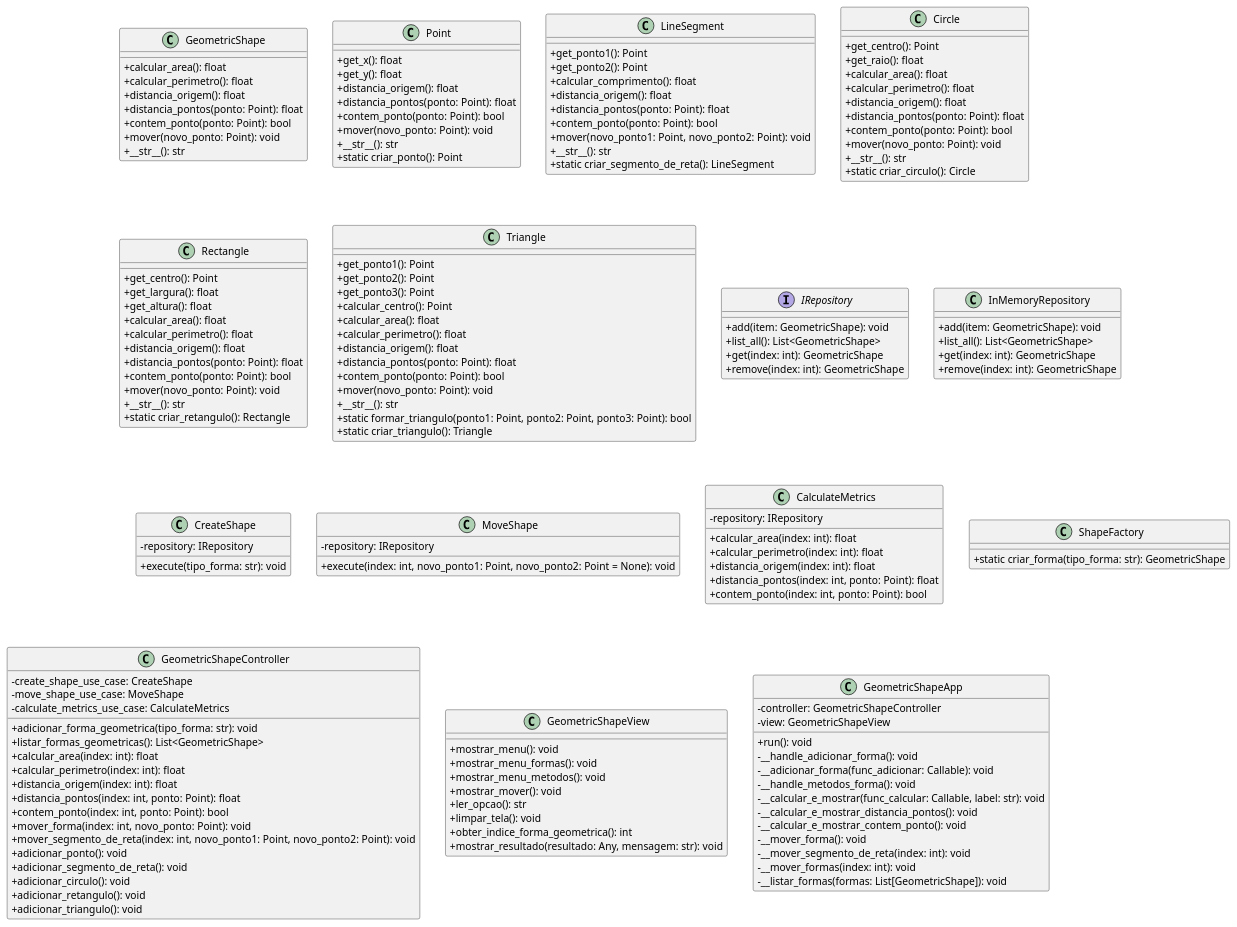
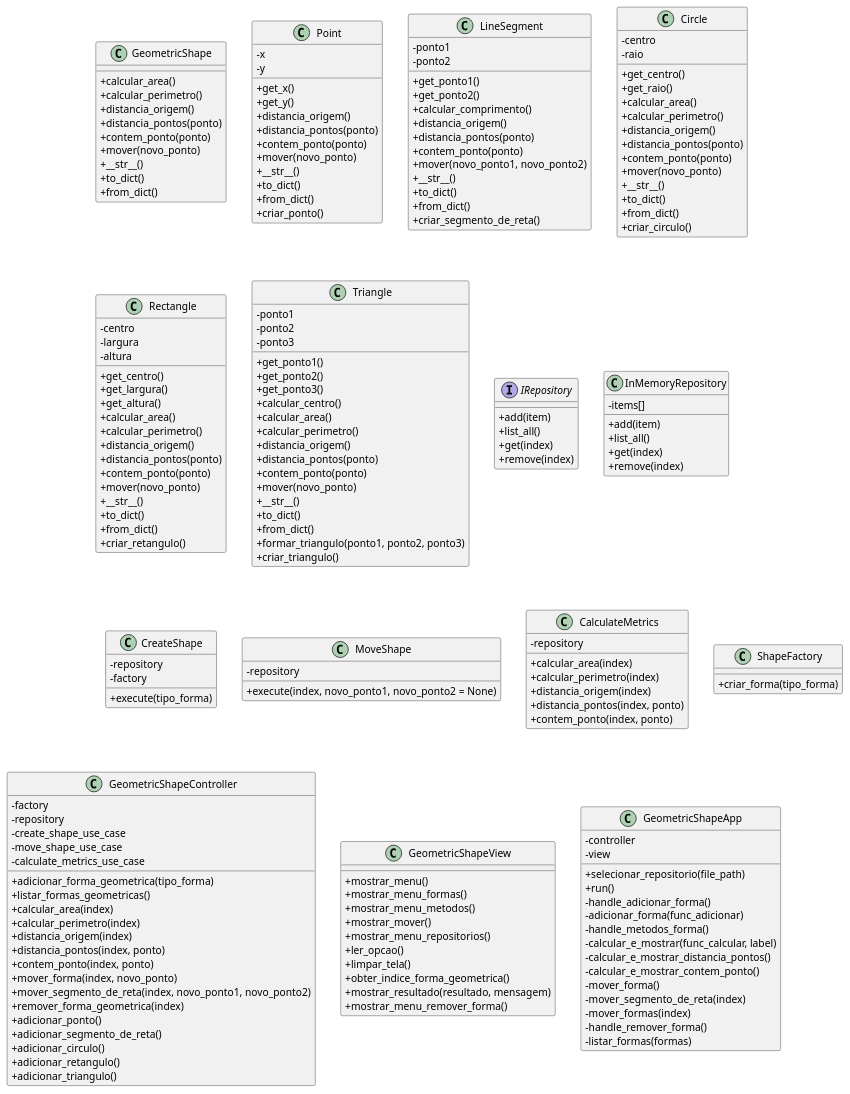
Before and after one commit to samuelncaetano/geometric_shapes: the diagram in .diagram/class_diagram/separate_class.puml, drawn with PlantUML. The commit also changed 1 other file, not shown here.

Commit message:
docs(separate_class): update the methods and attributes of classes in the class diagram

```diff
--- a/.diagram/class_diagram/separate_class.puml
+++ b/.diagram/class_diagram/separate_class.puml
@@ -1,158 +1,191 @@
 @startuml class_diagram
 skinparam classAttributeIconSize 0
 skinparam groupInheritance 4
 
 class GeometricShape {
-  + calcular_area(): float
-  + calcular_perimetro(): float
-  + distancia_origem(): float
-  + distancia_pontos(ponto: Point): float
-  + contem_ponto(ponto: Point): bool
-  + mover(novo_ponto: Point): void
-  + __str__(): str
+  + calcular_area()
+  + calcular_perimetro()
+  + distancia_origem()
+  + distancia_pontos(ponto)
+  + contem_ponto(ponto)
+  + mover(novo_ponto)
+  + __str__()
+  + to_dict()
+  + from_dict()
 }
 class Point {
-  + get_x(): float
-  + get_y(): float
-  + distancia_origem(): float
-  + distancia_pontos(ponto: Point): float
-  + contem_ponto(ponto: Point): bool
-  + mover(novo_ponto: Point): void
-  + __str__(): str
-  + static criar_ponto(): Point
+  - x
+  - y
+  + get_x()
+  + get_y()
+  + distancia_origem()
+  + distancia_pontos(ponto)
+  + contem_ponto(ponto)
+  + mover(novo_ponto)
+  + __str__()
+  + to_dict()
+  + from_dict()
+  + criar_ponto()
 }
 class LineSegment {
-  + get_ponto1(): Point
-  + get_ponto2(): Point
-  + calcular_comprimento(): float
-  + distancia_origem(): float
-  + distancia_pontos(ponto: Point): float
-  + contem_ponto(ponto: Point): bool
-  + mover(novo_ponto1: Point, novo_ponto2: Point): void
-  + __str__(): str
-  + static criar_segmento_de_reta(): LineSegment
+  - ponto1
+  - ponto2
+  + get_ponto1()
+  + get_ponto2()
+  + calcular_comprimento()
+  + distancia_origem()
+  + distancia_pontos(ponto)
+  + contem_ponto(ponto)
+  + mover(novo_ponto1, novo_ponto2)
+  + __str__()
+  + to_dict()
+  + from_dict()
+  + criar_segmento_de_reta()
 }
 class Circle {
-  + get_centro(): Point
-  + get_raio(): float
-  + calcular_area(): float
-  + calcular_perimetro(): float
-  + distancia_origem(): float
-  + distancia_pontos(ponto: Point): float
-  + contem_ponto(ponto: Point): bool
-  + mover(novo_ponto: Point): void
-  + __str__(): str
-  + static criar_circulo(): Circle
+  - centro
+  - raio
+  + get_centro()
+  + get_raio()
+  + calcular_area()
+  + calcular_perimetro()
+  + distancia_origem()
+  + distancia_pontos(ponto)
+  + contem_ponto(ponto)
+  + mover(novo_ponto)
+  + __str__()
+  + to_dict()
+  + from_dict()
+  + criar_circulo()
 }
 class Rectangle {
-  + get_centro(): Point
-  + get_largura(): float
-  + get_altura(): float
-  + calcular_area(): float
-  + calcular_perimetro(): float
-  + distancia_origem(): float
-  + distancia_pontos(ponto: Point): float
-  + contem_ponto(ponto: Point): bool
-  + mover(novo_ponto: Point): void
-  + __str__(): str
-  + static criar_retangulo(): Rectangle
+  - centro
+  - largura
+  - altura
+  + get_centro()
+  + get_largura()
+  + get_altura()
+  + calcular_area()
+  + calcular_perimetro()
+  + distancia_origem()
+  + distancia_pontos(ponto)
+  + contem_ponto(ponto)
+  + mover(novo_ponto)
+  + __str__()
+  + to_dict()
+  + from_dict()
+  + criar_retangulo()
 }
 class Triangle {
-  + get_ponto1(): Point
-  + get_ponto2(): Point
-  + get_ponto3(): Point
-  + calcular_centro(): Point
-  + calcular_area(): float
-  + calcular_perimetro(): float
-  + distancia_origem(): float
-  + distancia_pontos(ponto: Point): float
-  + contem_ponto(ponto: Point): bool
-  + mover(novo_ponto: Point): void
-  + __str__(): str
-  + static formar_triangulo(ponto1: Point, ponto2: Point, ponto3: Point): bool
-  + static criar_triangulo(): Triangle
+  - ponto1
+  - ponto2
+  - ponto3
+  + get_ponto1()
+  + get_ponto2()
+  + get_ponto3()
+  + calcular_centro()
+  + calcular_area()
+  + calcular_perimetro()
+  + distancia_origem()
+  + distancia_pontos(ponto)
+  + contem_ponto(ponto)
+  + mover(novo_ponto)
+  + __str__()
+  + to_dict()
+  + from_dict()
+  + formar_triangulo(ponto1, ponto2, ponto3)
+  + criar_triangulo()
 }
 
 interface IRepository {
-  + add(item: GeometricShape): void
-  + list_all(): List<GeometricShape>
-  + get(index: int): GeometricShape
-  + remove(index: int): GeometricShape
+  + add(item)
+  + list_all()
+  + get(index)
+  + remove(index)
 }
 
 class InMemoryRepository {
-  + add(item: GeometricShape): void
-  + list_all(): List<GeometricShape>
-  + get(index: int): GeometricShape
-  + remove(index: int): GeometricShape
+  - items[]
+  + add(item)
+  + list_all()
+  + get(index)
+  + remove(index)
 }
 
 class CreateShape {
-  - repository: IRepository
-  + execute(tipo_forma: str): void
+  - repository
+  - factory
+  + execute(tipo_forma)
 }
 class MoveShape {
-  - repository: IRepository
-  + execute(index: int, novo_ponto1: Point, novo_ponto2: Point = None): void
+  - repository
+  + execute(index, novo_ponto1, novo_ponto2 = None)
 }
 class CalculateMetrics {
-  - repository: IRepository
-  + calcular_area(index: int): float
-  + calcular_perimetro(index: int): float
-  + distancia_origem(index: int): float
-  + distancia_pontos(index: int, ponto: Point): float
-  + contem_ponto(index: int, ponto: Point): bool
+  - repository
+  + calcular_area(index)
+  + calcular_perimetro(index)
+  + distancia_origem(index)
+  + distancia_pontos(index, ponto)
+  + contem_ponto(index, ponto)
 }
 
 class ShapeFactory {
-  + static criar_forma(tipo_forma: str): GeometricShape
+  + criar_forma(tipo_forma)
 }
 
 class GeometricShapeController {
-  - create_shape_use_case: CreateShape
-  - move_shape_use_case: MoveShape
-  - calculate_metrics_use_case: CalculateMetrics
-  + adicionar_forma_geometrica(tipo_forma: str): void
-  + listar_formas_geometricas(): List<GeometricShape>
-  + calcular_area(index: int): float
-  + calcular_perimetro(index: int): float
-  + distancia_origem(index: int): float
-  + distancia_pontos(index: int, ponto: Point): float
-  + contem_ponto(index: int, ponto: Point): bool
-  + mover_forma(index: int, novo_ponto: Point): void
-  + mover_segmento_de_reta(index: int, novo_ponto1: Point, novo_ponto2: Point): void
-  + adicionar_ponto(): void
-  + adicionar_segmento_de_reta(): void
-  + adicionar_circulo(): void
-  + adicionar_retangulo(): void
-  + adicionar_triangulo(): void
+  - factory
+  - repository
+  - create_shape_use_case
+  - move_shape_use_case
+  - calculate_metrics_use_case
+  + adicionar_forma_geometrica(tipo_forma)
+  + listar_formas_geometricas()
+  + calcular_area(index)
+  + calcular_perimetro(index)
+  + distancia_origem(index)
+  + distancia_pontos(index, ponto)
+  + contem_ponto(index, ponto)
+  + mover_forma(index, novo_ponto)
+  + mover_segmento_de_reta(index, novo_ponto1, novo_ponto2)
+  + remover_forma_geometrica(index)
+  + adicionar_ponto()
+  + adicionar_segmento_de_reta()
+  + adicionar_circulo()
+  + adicionar_retangulo()
+  + adicionar_triangulo()
 }
 
 class GeometricShapeView {
-  + mostrar_menu(): void
-  + mostrar_menu_formas(): void
-  + mostrar_menu_metodos(): void
-  + mostrar_mover(): void
-  + ler_opcao(): str
-  + limpar_tela(): void
-  + obter_indice_forma_geometrica(): int
-  + mostrar_resultado(resultado: Any, mensagem: str): void
+  + mostrar_menu()
+  + mostrar_menu_formas()
+  + mostrar_menu_metodos()
+  + mostrar_mover()
+  + mostrar_menu_repositorios()
+  + ler_opcao()
+  + limpar_tela()
+  + obter_indice_forma_geometrica()
+  + mostrar_resultado(resultado, mensagem)
+  + mostrar_menu_remover_forma()
 }
 
 class GeometricShapeApp {
-  - controller: GeometricShapeController
-  - view: GeometricShapeView
-  + run(): void
-  - __handle_adicionar_forma(): void
-  - __adicionar_forma(func_adicionar: Callable): void
-  - __handle_metodos_forma(): void
-  - __calcular_e_mostrar(func_calcular: Callable, label: str): void
-  - __calcular_e_mostrar_distancia_pontos(): void
-  - __calcular_e_mostrar_contem_ponto(): void
-  - __mover_forma(): void
-  - __mover_segmento_de_reta(index: int): void
-  - __mover_formas(index: int): void
-  - __listar_formas(formas: List[GeometricShape]): void
+  - controller
+  - view
+  + selecionar_repositorio(file_path)
+  + run()
+  - handle_adicionar_forma()
+  - adicionar_forma(func_adicionar)
+  - handle_metodos_forma()
+  - calcular_e_mostrar(func_calcular, label)
+  - calcular_e_mostrar_distancia_pontos()
+  - calcular_e_mostrar_contem_ponto()
+  - mover_forma()
+  - mover_segmento_de_reta(index)
+  - mover_formas(index)
+  - handle_remover_forma()
+  - listar_formas(formas)
 }
 
 @enduml
```
